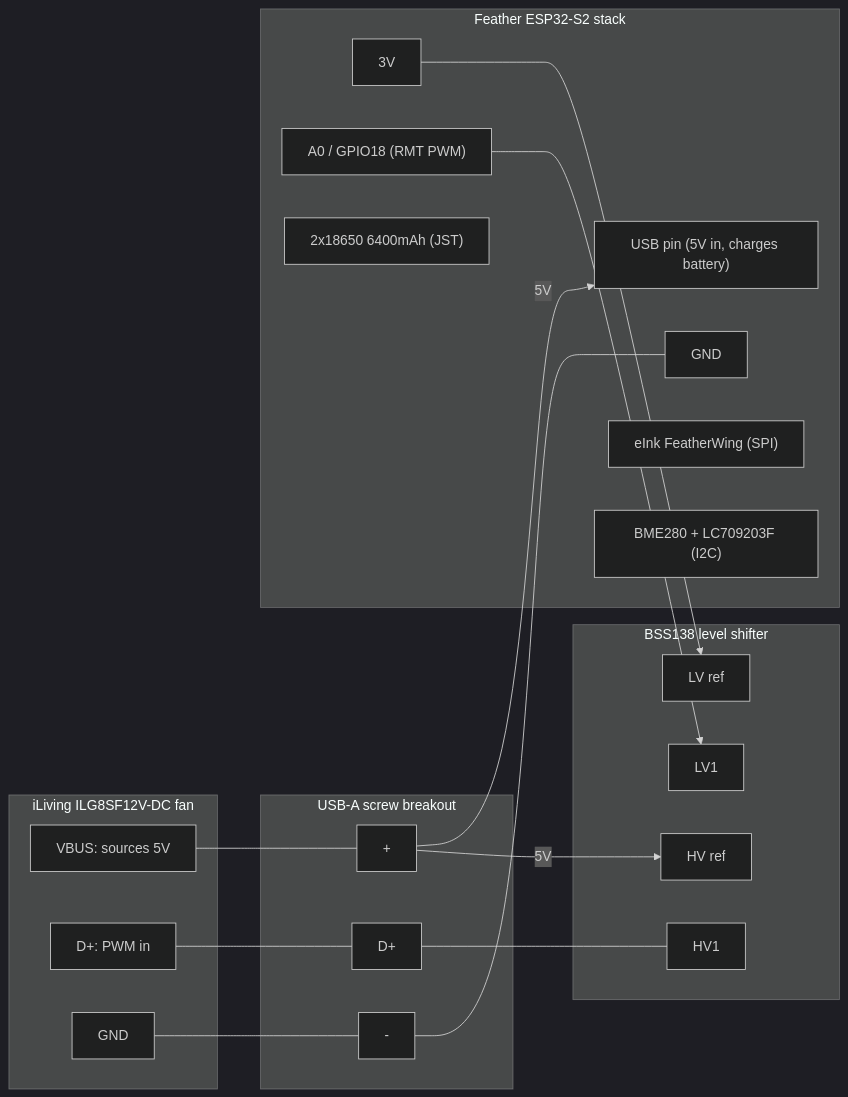
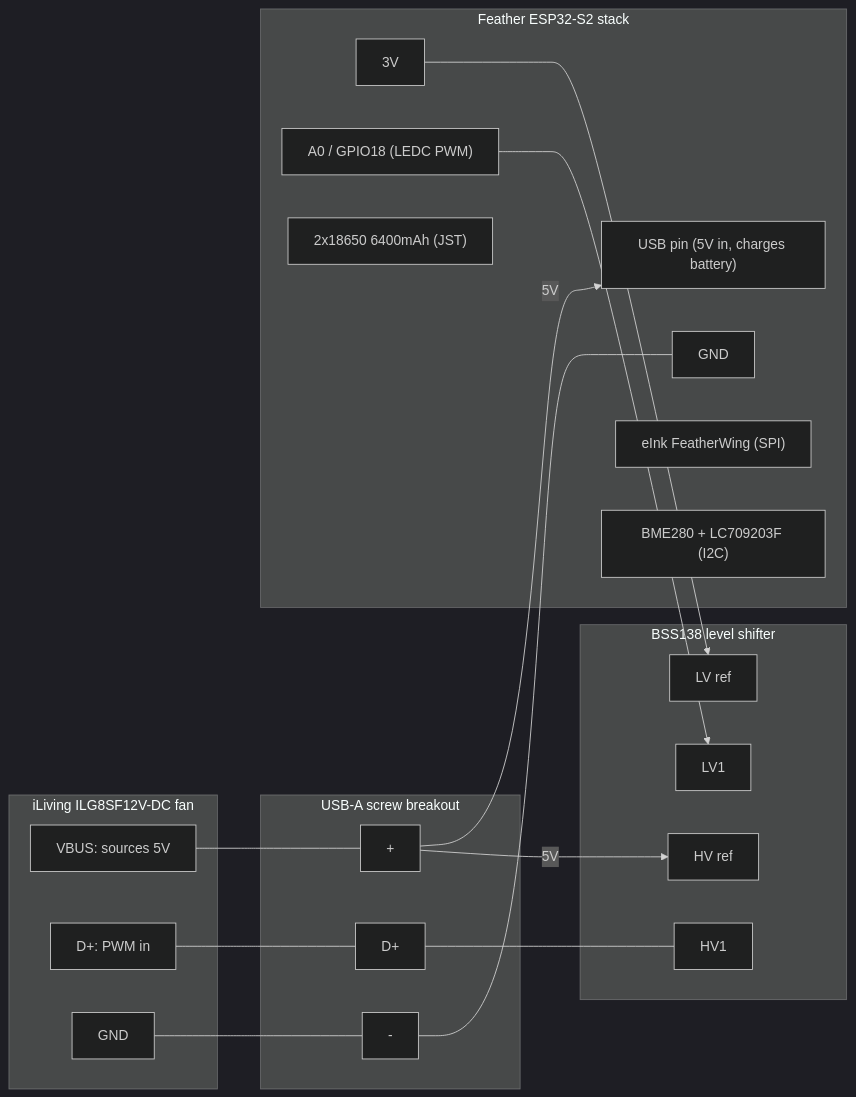
Before and after one commit to jtn0123/ESP32-Garage-Fan: the diagram in docs/HARDWARE.md, drawn with Mermaid (dark theme). The commit also changed other lines of this file and 22 other files, not shown here.

````diff
--- a/docs/HARDWARE.md
+++ b/docs/HARDWARE.md
@@ -46,38 +46,38 @@
 ```mermaid
 flowchart LR
     subgraph FAN["iLiving ILG8SF12V-DC fan"]
         FV["VBUS: sources 5V"]
         FD["D+: PWM in"]
         FG["GND"]
     end
     subgraph TAP["USB-A screw breakout"]
         TV["+"]
         TD["D+"]
         TG["-"]
     end
     subgraph SH["BSS138 level shifter"]
         HV["HV ref"]
         HV1["HV1"]
         LV["LV ref"]
         LV1["LV1"]
     end
     subgraph FEATHER["Feather ESP32-S2 stack"]
         USBP["USB pin (5V in, charges battery)"]
         V3["3V"]
-        A0["A0 / GPIO18 (RMT PWM)"]
+        A0["A0 / GPIO18 (LEDC PWM)"]
         GND["GND"]
         EPD["eInk FeatherWing (SPI)"]
         BME["BME280 + LC709203F (I2C)"]
         BATT["2x18650 6400mAh (JST)"]
     end
     FV --- TV
     FD --- TD
     FG --- TG
     TV -->|5V| HV
     TV -->|5V| USBP
     TD --- HV1
     TG --- GND
     V3 --> LV
     A0 --> LV1
     BATT --- FEATHER
 ```
````
